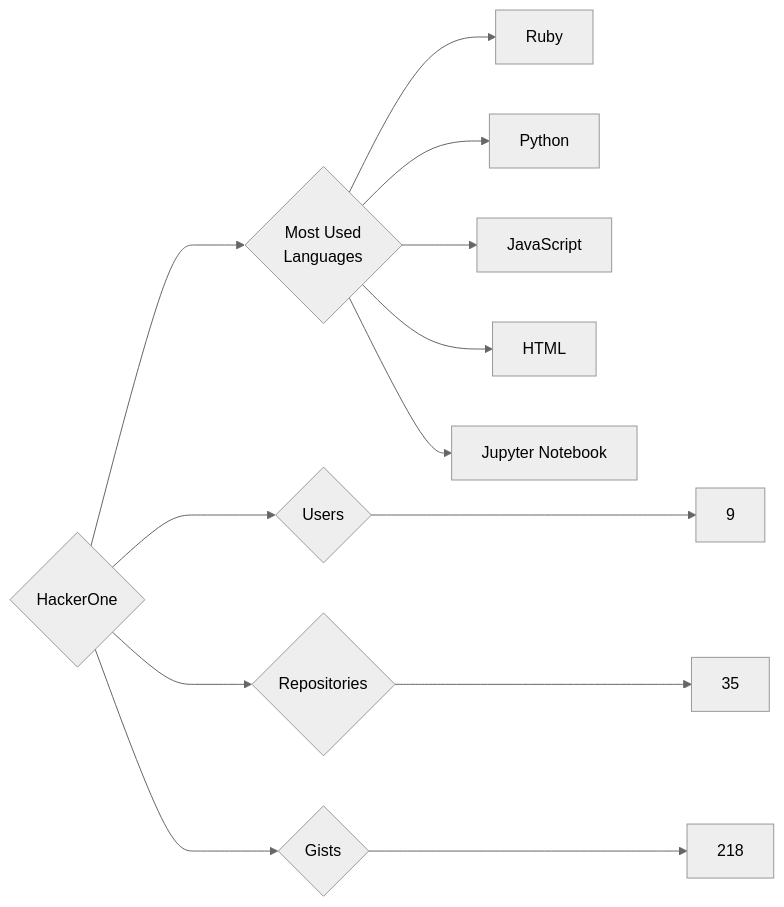
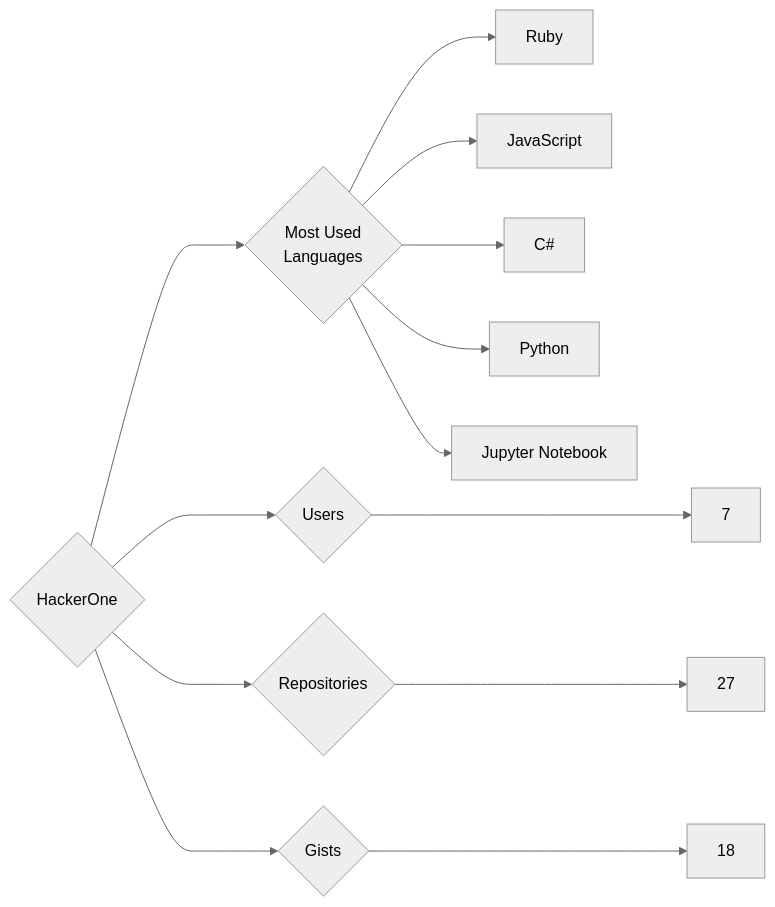
One commit to trickest/insiders changed the diagram in targets/HackerOne/README.md. Above: the diagram before and after it, drawn with Mermaid (neutral theme). The commit also changed 1003 other files, not shown here.

````diff
--- a/targets/HackerOne/README.md
+++ b/targets/HackerOne/README.md
@@ -3,13 +3,13 @@
 ```mermaid
 graph LR
 COMPANY_NAME{HackerOne}
-COMPANY_NAME ---> U{Users} ---> UN[9]
-COMPANY_NAME ---> R{Repositories} ---> RN[35]
-COMPANY_NAME ---> G{Gists} ---> GN[218]
+COMPANY_NAME ---> U{Users} ---> UN[7]
+COMPANY_NAME ---> R{Repositories} ---> RN[27]
+COMPANY_NAME ---> G{Gists} ---> GN[18]
 COMPANY_NAME ---> ML{Most Used<br>Languages}
 ML --> Ruby[Ruby]
+ML --> JavaScript[JavaScript]
+ML --> C#[C#]
 ML --> Python[Python]
-ML --> JavaScript[JavaScript]
-ML --> HTML[HTML]
 ML --> Jupyter_Notebook[Jupyter Notebook]
 ```
````
